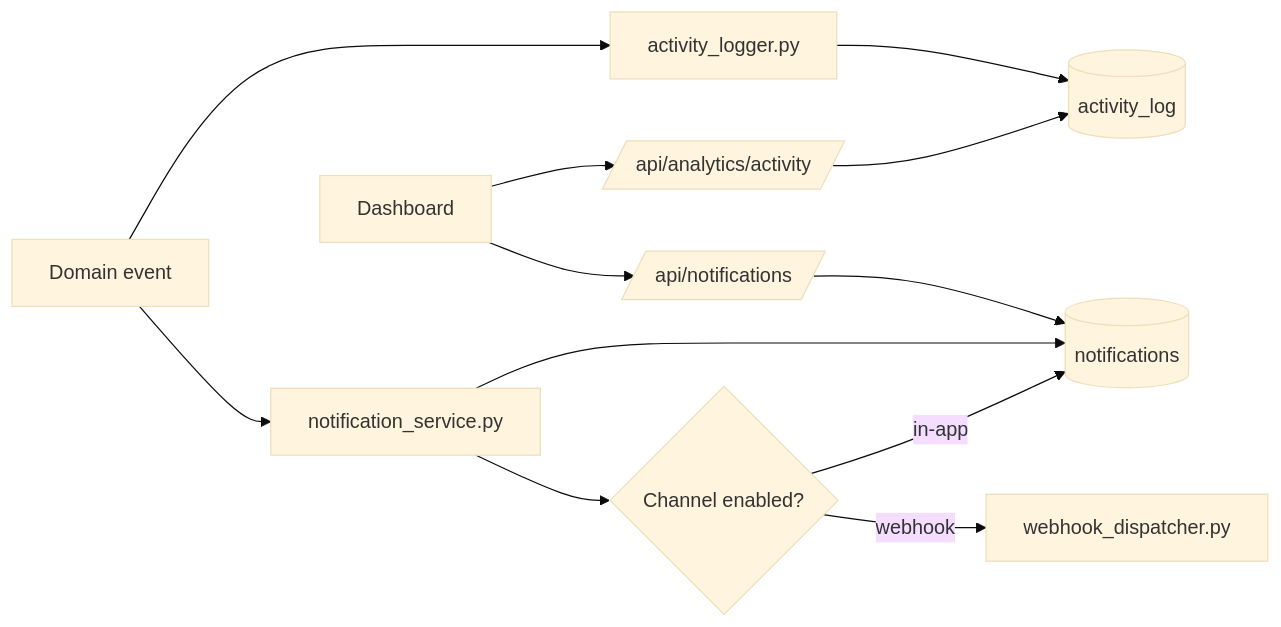
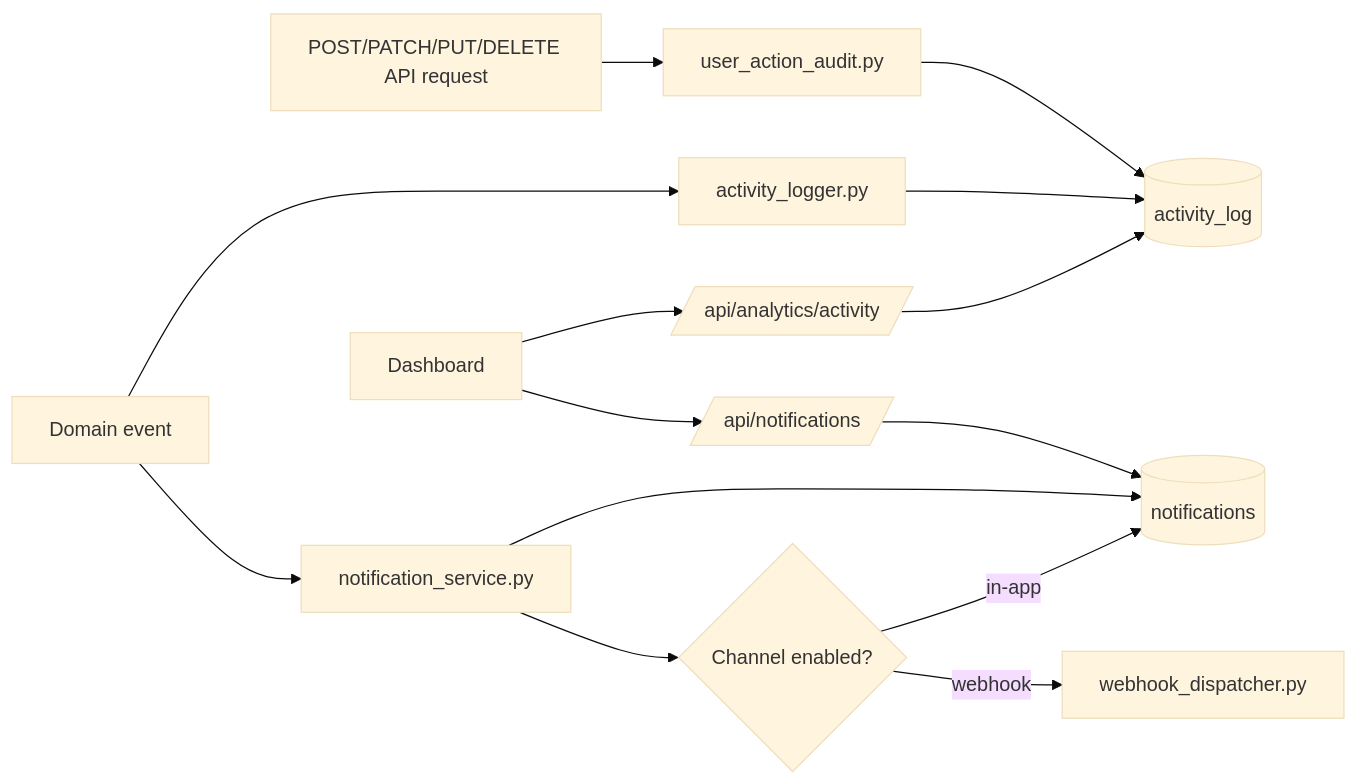
The diagram in docs/modules/notifications-analytics.md (HoangLeK2/TestSwarm), drawn with Mermaid (base theme) before and after one commit. The commit also changed other lines of this file and 390 other files, not shown here.

````diff
--- a/docs/modules/notifications-analytics.md
+++ b/docs/modules/notifications-analytics.md
@@ -30,14 +30,16 @@
 ```mermaid
 flowchart LR
     DomainEvent[Domain event] --> ActivityLogger[activity_logger.py]
+    MutatingAPI[POST/PATCH/PUT/DELETE API request] --> UserActionAudit[user_action_audit.py]
     DomainEvent --> NotificationService[notification_service.py]
     ActivityLogger --> ActivityLog[(activity_log)]
+    UserActionAudit --> ActivityLog
     NotificationService --> Notification[(notifications)]
     NotificationService --> Channel{Channel enabled?}
     Channel -->|in-app| Notification
     Channel -->|webhook| Webhook[webhook_dispatcher.py]
     UI[Dashboard] --> AnalyticsAPI[/api/analytics/activity/]
     UI --> NotificationsAPI[/api/notifications/]
     AnalyticsAPI --> ActivityLog
     NotificationsAPI --> Notification
 ```
````
